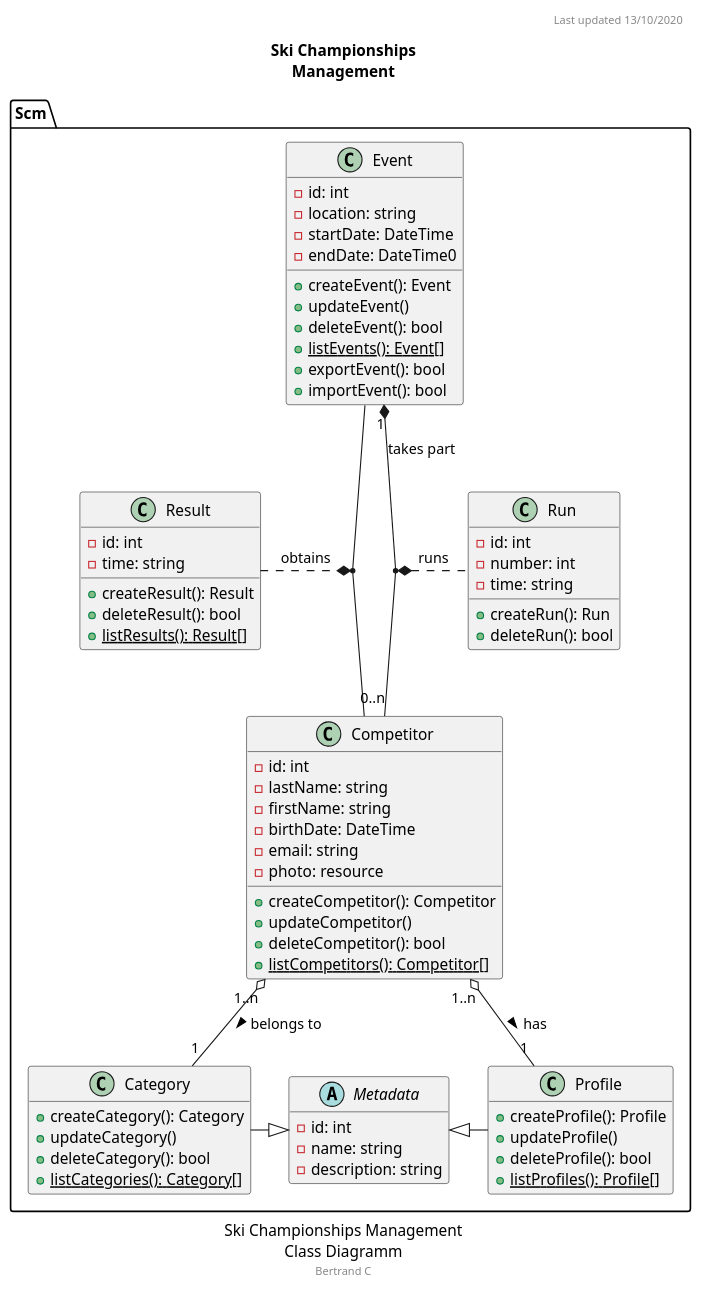
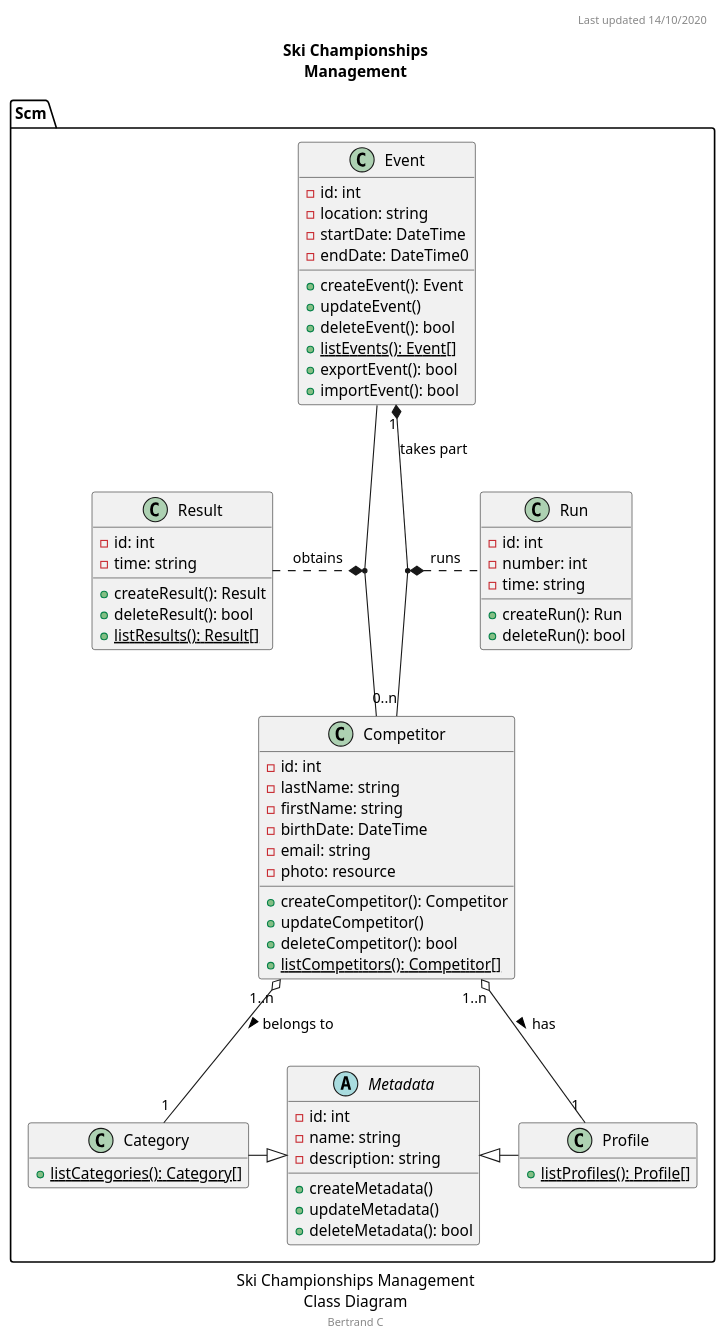
The second of 2 diagrams in docs/diagrams/src/Ski Championship Management.wsd (bcheronn/ski-championships-management), drawn with PlantUML before and after one commit. The commit also changed 2 other files, not shown here.

Commit message:
Class diagram update

```diff
--- a/docs/diagrams/src/Ski Championship Management.wsd
+++ b/docs/diagrams/src/Ski Championship Management.wsd
@@ -8,88 +8,85 @@
-@startuml "Ski Championships Management Class Diagramm"
+@startuml "Ski Championships Management Class Diagram"
 hide empty members
-caption Ski Championships Management\nClass Diagramm
+caption Ski Championships Management\nClass Diagram
 footer Bertrand C
-header Last updated 13/10/2020
+header Last updated 14/10/2020
 title Ski Championships\nManagement
 
 namespace Scm {
     'note "This is a floating note\n<b>in case I need it</b>" as N1
 
     class Event
     {
         -id: int
         -location: string
         -startDate: DateTime
         -endDate: DateTime0
         +createEvent(): Event
         +updateEvent() 
         +deleteEvent(): bool
         +{static}listEvents(): Event[]
         +exportEvent(): bool
         +importEvent(): bool
     }
 
     class Competitor
     {
         -id: int
         -lastName: string
         -firstName: string
         -birthDate: DateTime
         -email: string
         -photo: resource
         +createCompetitor(): Competitor
         +updateCompetitor()
         +deleteCompetitor(): bool
         +{static}listCompetitors(): Competitor[]
     }
 
     class Run
     {
         -id: int
         -number: int
         -time: string
         +createRun(): Run
         +deleteRun(): bool
     }
 
     class Result
     {
         -id: int
         -time: string
         +createResult(): Result
         +deleteResult(): bool
         +{static}listResults(): Result[]
     }
 
     abstract Metadata
     {
         -id: int
         -name: string
         -description: string
+        +createMetadata()
+        +updateMetadata()
+        +deleteMetadata(): bool
     }
 
     class Category
     {
-        +createCategory(): Category
-        +updateCategory()
-        +deleteCategory(): bool
         +{static}listCategories(): Category[]
     }
 
     class Profile
     {
-        +createProfile(): Profile
-        +updateProfile()
-        +deleteProfile(): bool
         +{static}listProfiles(): Profile[]
     }
 
     (Event, Competitor) "1" *.. "1" Result : obtains
     Event "1" *-- "0..n" Competitor : < takes part
     (Event, Competitor) "1" *.. "0..2" Run : runs
     Metadata <|-l- Category
     Metadata <|-r- Profile
     Competitor "1..n" o-- "1" Category : belongs to >
     Competitor "1..n" o-- "1" Profile : has >
 }
 @enduml
```
